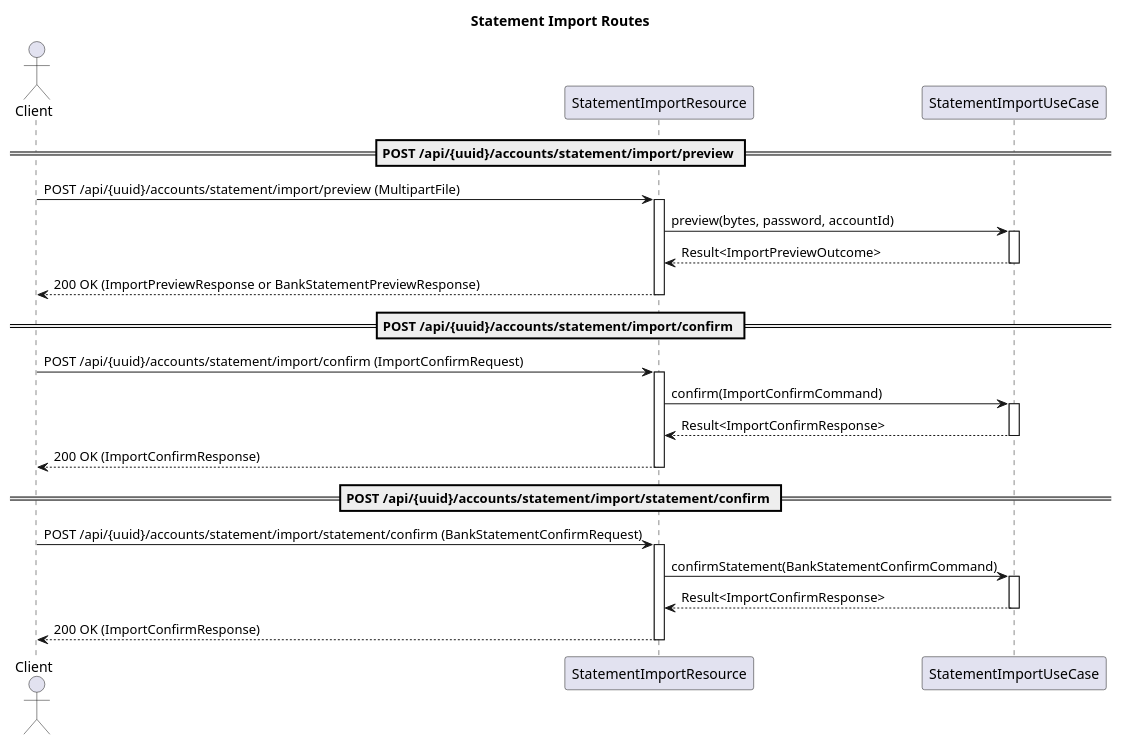
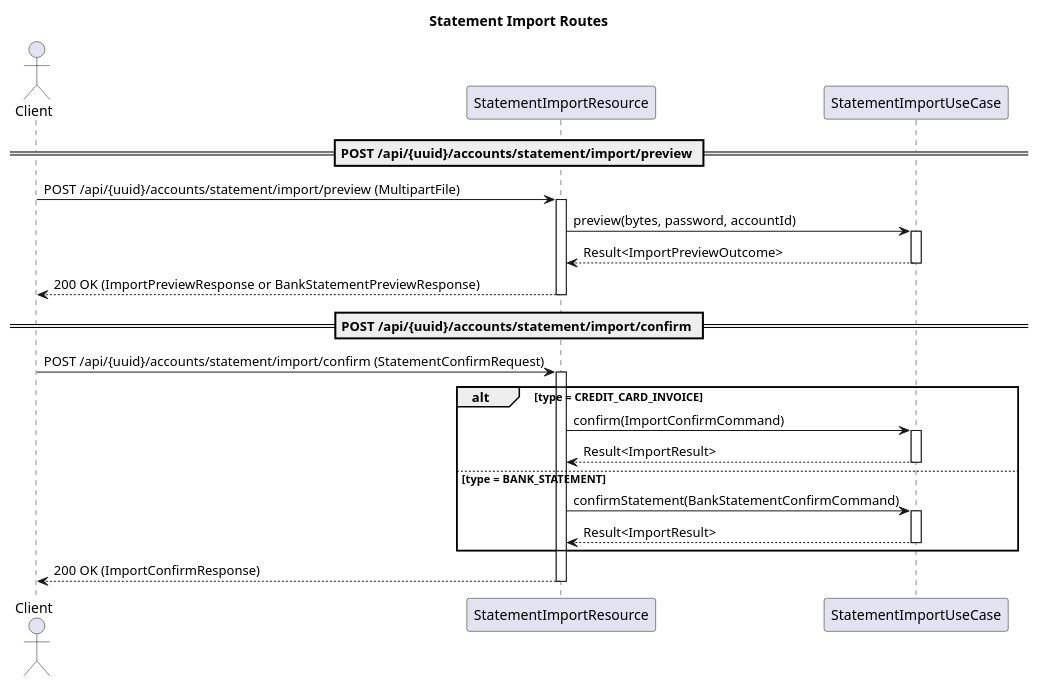
One commit to bkaraujo/cdb-judas changed the diagram in docs/routes/transaction-import.puml. Above: the diagram before and after it, drawn with PlantUML. The commit also changed 6 other files, not shown here.

```diff
--- a/docs/routes/transaction-import.puml
+++ b/docs/routes/transaction-import.puml
@@ -1,37 +1,36 @@
 @startuml
 title Statement Import Routes
 
 actor Client
 participant "StatementImportResource" as Resource
 participant "StatementImportUseCase" as UseCase
 
 == POST /api/{uuid}/accounts/statement/import/preview ==
 Client -> Resource: POST /api/{uuid}/accounts/statement/import/preview (MultipartFile)
 activate Resource
 Resource -> UseCase: preview(bytes, password, accountId)
 activate UseCase
 UseCase --> Resource: Result<ImportPreviewOutcome>
 deactivate UseCase
 Resource --> Client: 200 OK (ImportPreviewResponse or BankStatementPreviewResponse)
 deactivate Resource
 
 == POST /api/{uuid}/accounts/statement/import/confirm ==
-Client -> Resource: POST /api/{uuid}/accounts/statement/import/confirm (ImportConfirmRequest)
+Client -> Resource: POST /api/{uuid}/accounts/statement/import/confirm (StatementConfirmRequest)
 activate Resource
-Resource -> UseCase: confirm(ImportConfirmCommand)
-activate UseCase
-UseCase --> Resource: Result<ImportConfirmResponse>
-deactivate UseCase
-Resource --> Client: 200 OK (ImportConfirmResponse)
-deactivate Resource
 
-== POST /api/{uuid}/accounts/statement/import/statement/confirm ==
-Client -> Resource: POST /api/{uuid}/accounts/statement/import/statement/confirm (BankStatementConfirmRequest)
-activate Resource
-Resource -> UseCase: confirmStatement(BankStatementConfirmCommand)
-activate UseCase
-UseCase --> Resource: Result<ImportConfirmResponse>
-deactivate UseCase
+alt type = CREDIT_CARD_INVOICE
+  Resource -> UseCase: confirm(ImportConfirmCommand)
+  activate UseCase
+  UseCase --> Resource: Result<ImportResult>
+  deactivate UseCase
+else type = BANK_STATEMENT
+  Resource -> UseCase: confirmStatement(BankStatementConfirmCommand)
+  activate UseCase
+  UseCase --> Resource: Result<ImportResult>
+  deactivate UseCase
+end
+
 Resource --> Client: 200 OK (ImportConfirmResponse)
 deactivate Resource
 @enduml
```
